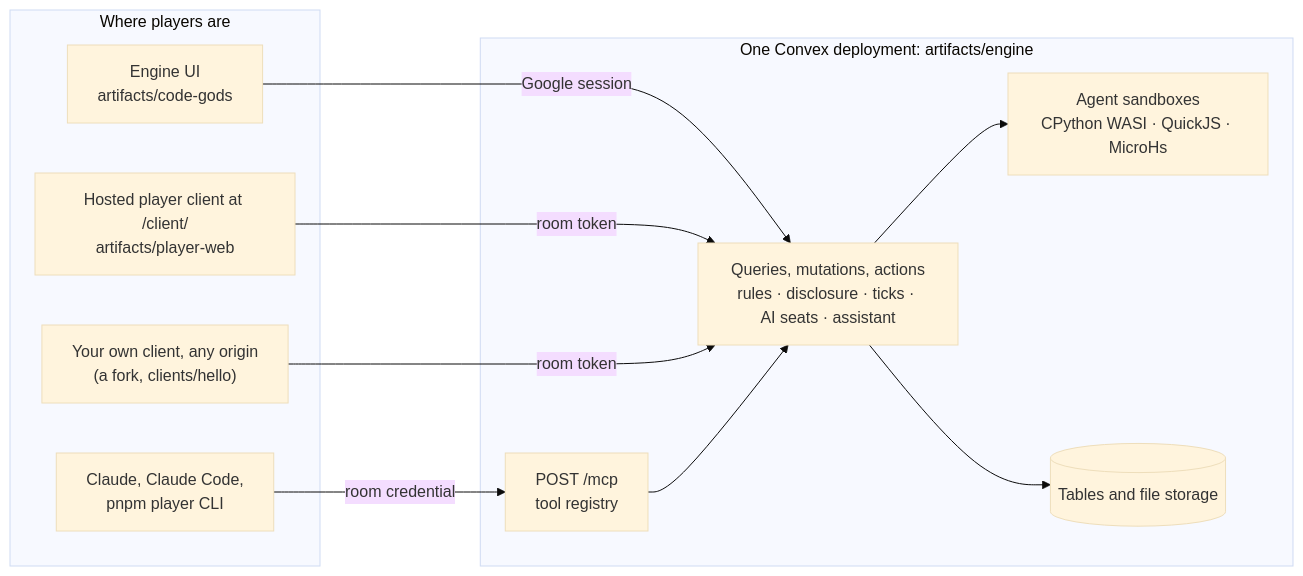
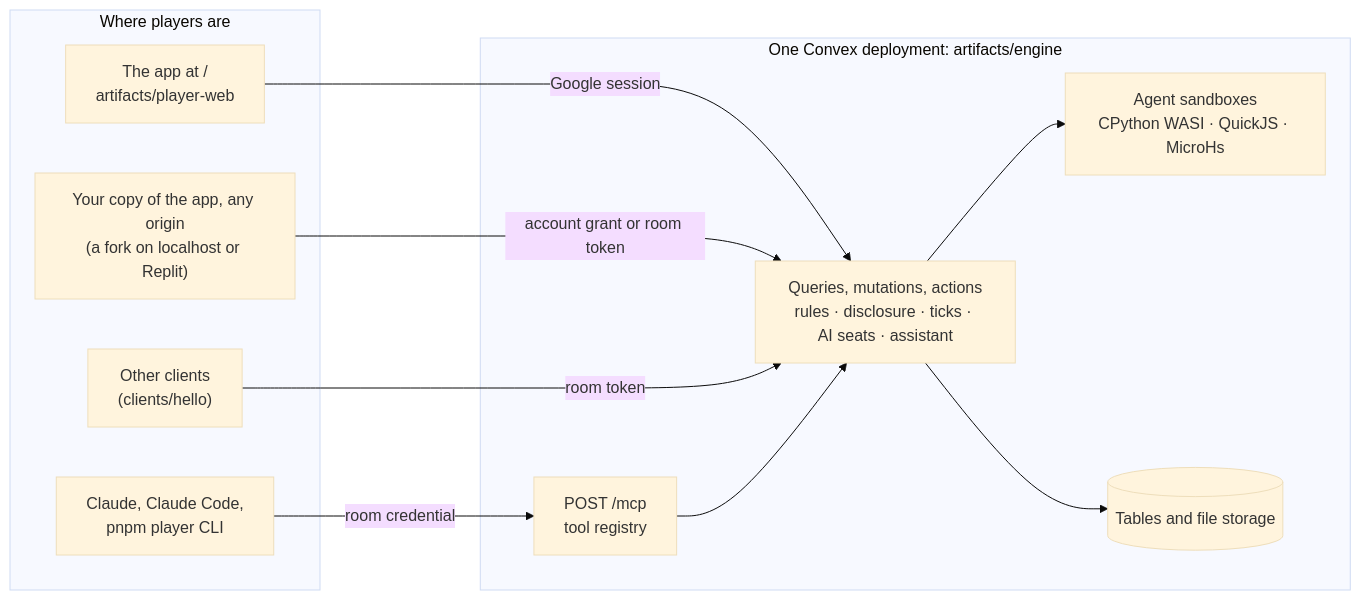
Before and after one commit to Battle-Bunker/Code-Gods: the diagram in README.md, drawn with Mermaid (base theme). The commit also changed other lines of this file and 16 other files, not shown here.

````diff
--- a/README.md
+++ b/README.md
@@ -181,22 +183,22 @@
 ```mermaid
 flowchart LR
   subgraph clients["Where players are"]
-    ui["Engine UI<br/>artifacts/code-gods"]
-    hosted["Hosted player client at /client/<br/>artifacts/player-web"]
-    own["Your own client, any origin<br/>(a fork, clients/hello)"]
+    ui["The app at /<br/>artifacts/player-web"]
+    own["Your copy of the app, any origin<br/>(a fork on localhost or Replit)"]
+    hello["Other clients<br/>(clients/hello)"]
     agents["Claude, Claude Code,<br/>pnpm player CLI"]
   end
   subgraph convex["One Convex deployment: artifacts/engine"]
     fns["Queries, mutations, actions<br/>rules · disclosure · ticks · AI seats · assistant"]
     mcp["POST /mcp<br/>tool registry"]
     sandboxes["Agent sandboxes<br/>CPython WASI · QuickJS · MicroHs"]
     store[("Tables and file storage")]
   end
   ui -- "Google session" --> fns
-  hosted -- "room token" --> fns
-  own -- "room token" --> fns
+  own -- "account grant or room token" --> fns
+  hello -- "room token" --> fns
   agents -- "room credential" --> mcp
   mcp --> fns
   fns --> sandboxes
   fns --> store
 ```
````
